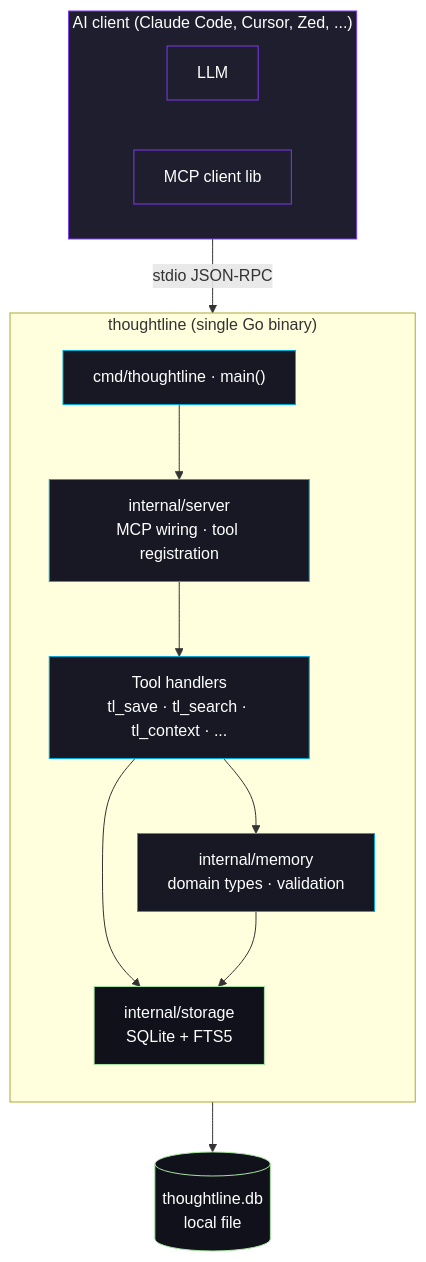
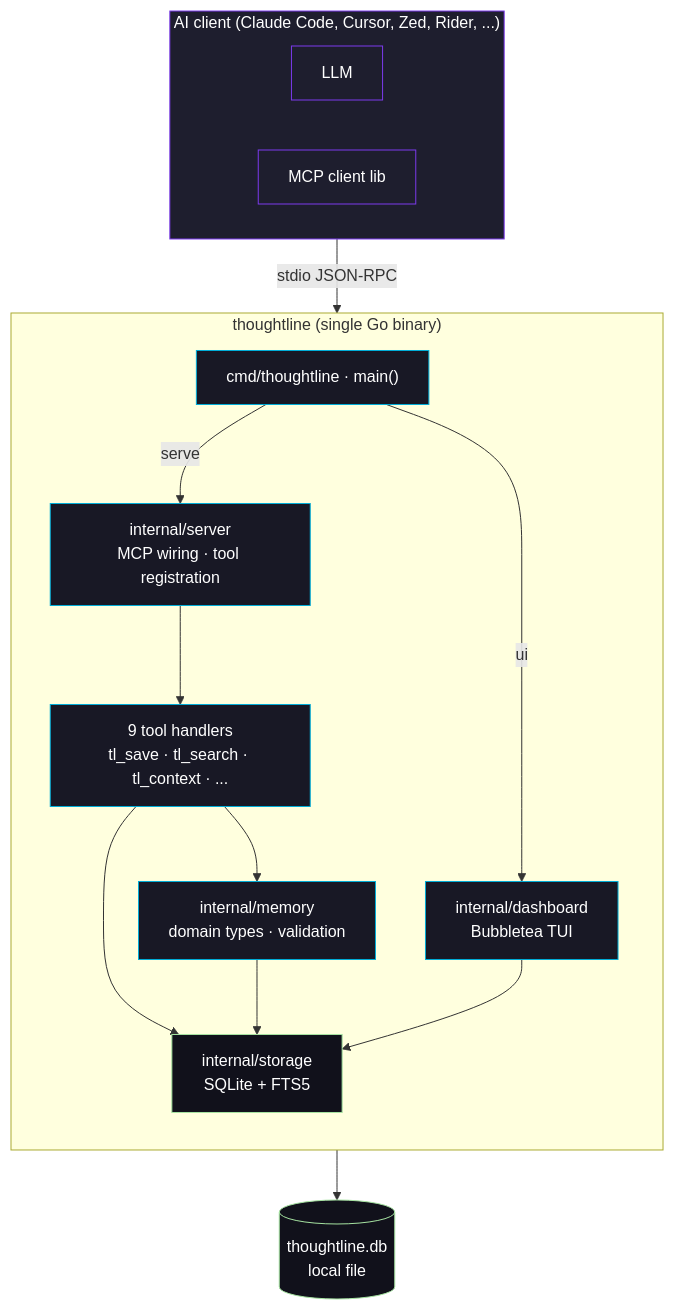
One commit to AgusLoza2021/Thoughtline changed the first of 3 diagrams in docs/ARCHITECTURE.md. Above: the diagram before and after it, drawn with Mermaid. The commit also changed other lines of this file and 9 other files, not shown here.

````diff
--- a/docs/ARCHITECTURE.md
+++ b/docs/ARCHITECTURE.md
@@ -15,34 +21,37 @@
 ```mermaid
 graph TB
-    subgraph Client["AI client (Claude Code, Cursor, Zed, ...)"]
+    subgraph Client["AI client (Claude Code, Cursor, Zed, Rider, ...)"]
       direction LR
       C1[LLM]
       C2[MCP client lib]
     end
 
     subgraph TL["thoughtline (single Go binary)"]
       direction TB
       Main["cmd/thoughtline · main()"]
       Server["internal/server<br/>MCP wiring · tool registration"]
-      Tools["Tool handlers<br/>tl_save · tl_search · tl_context · ..."]
+      Tools["9 tool handlers<br/>tl_save · tl_search · tl_context · ..."]
       Memory["internal/memory<br/>domain types · validation"]
       Storage["internal/storage<br/>SQLite + FTS5"]
+      TUI["internal/dashboard<br/>Bubbletea TUI"]
     end
 
     DB[("thoughtline.db<br/>local file")]
 
     Client -- "stdio JSON-RPC" --> Main
-    Main --> Server
+    Main -- "serve" --> Server
+    Main -- "ui" --> TUI
     Server --> Tools
     Tools --> Memory
     Tools --> Storage
     Memory --> Storage
     Storage --> DB
+    TUI --> Storage
 
     classDef ext fill:#1e1e2e,stroke:#7C3AED,color:#fff
     classDef core fill:#181825,stroke:#00ADD8,color:#fff
     classDef store fill:#11111b,stroke:#a6e3a1,color:#fff
     class Client,C1,C2 ext
-    class Main,Server,Tools,Memory core
+    class Main,Server,Tools,Memory,TUI core
     class Storage,DB store
 ```
````
